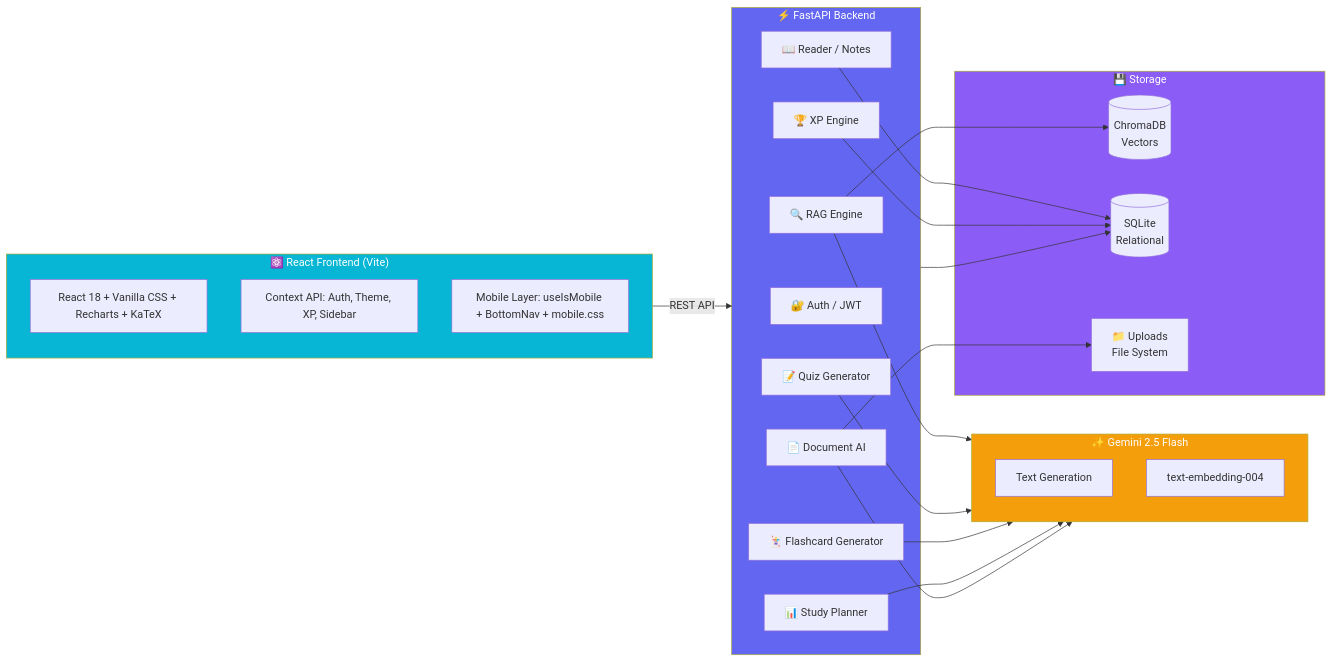
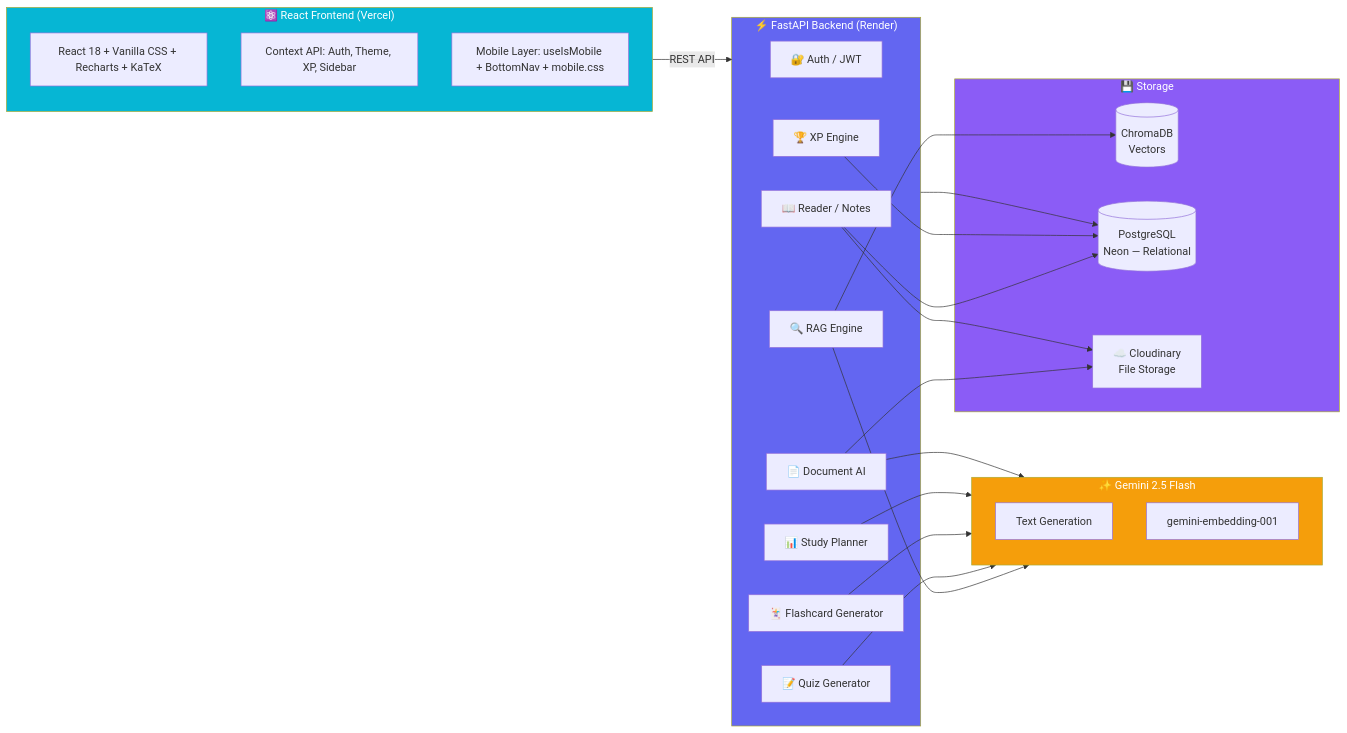
One commit to Twarit01/StudyBuddy changed the second of 2 diagrams in README.md. Above: the diagram before and after it, drawn with Mermaid. The commit also changed other lines of this file, not shown here.

Commit message:
docs: update README with Neon PostgreSQL, Cloudinary, and deployment details

````diff
--- a/README.md
+++ b/README.md
@@ -158,47 +166,48 @@
 ```mermaid
 flowchart LR
-    subgraph Frontend["⚛️ React Frontend (Vite)"]
+    subgraph Frontend["⚛️ React Frontend (Vercel)"]
         UI[React 18 + Vanilla CSS + Recharts + KaTeX]
         CTX[Context API: Auth, Theme, XP, Sidebar]
         MOB[Mobile Layer: useIsMobile + BottomNav + mobile.css]
     end
 
-    subgraph Backend["⚡ FastAPI Backend"]
+    subgraph Backend["⚡ FastAPI Backend (Render)"]
         Auth[🔐 Auth / JWT]
         RAG[🔍 RAG Engine]
         QG[📝 Quiz Generator]
         FC[🃏 Flashcard Generator]
         SP[📊 Study Planner]
         DA[📄 Document AI]
         RD[📖 Reader / Notes]
         XP[🏆 XP Engine]
     end
 
     subgraph AI["✨ Gemini 2.5 Flash"]
         GEN[Text Generation]
-        EMB[text-embedding-004]
+        EMB[gemini-embedding-001]
     end
 
     subgraph Storage["💾 Storage"]
         VEC[(ChromaDB\nVectors)]
-        DB[(SQLite\nRelational)]
-        FS[📁 Uploads\nFile System]
+        DB[(PostgreSQL\nNeon — Relational)]
+        CL[☁️ Cloudinary\nFile Storage]
     end
 
     Frontend -->|REST API| Backend
     RAG --> AI
     QG --> AI
     FC --> AI
     SP --> AI
     DA --> AI
     RD --> DB
     XP --> DB
     RAG --> VEC
-    DA --> FS
+    DA --> CL
+    RD --> CL
     Backend --> DB
 
     style Frontend fill:#06B6D4,color:#fff
     style Backend fill:#6366F1,color:#fff
     style AI fill:#F59E0B,color:#fff
     style Storage fill:#8B5CF6,color:#fff
 ```
````
